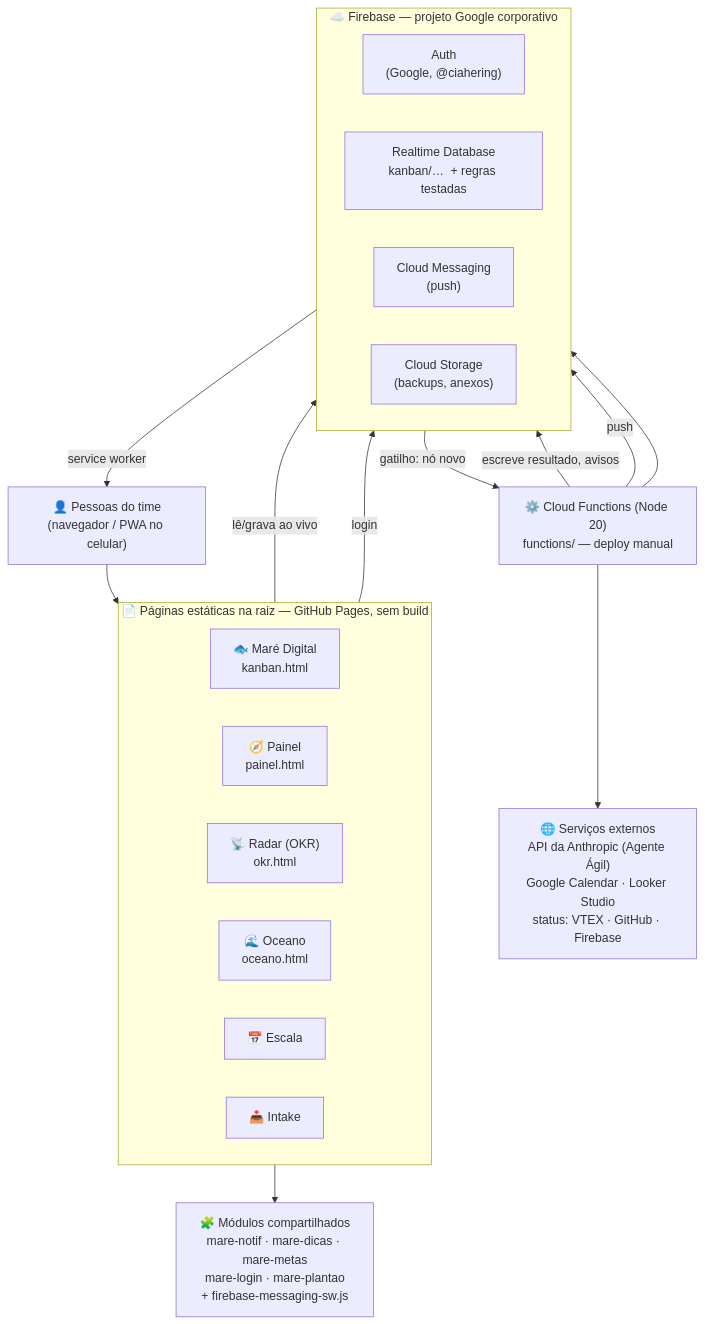
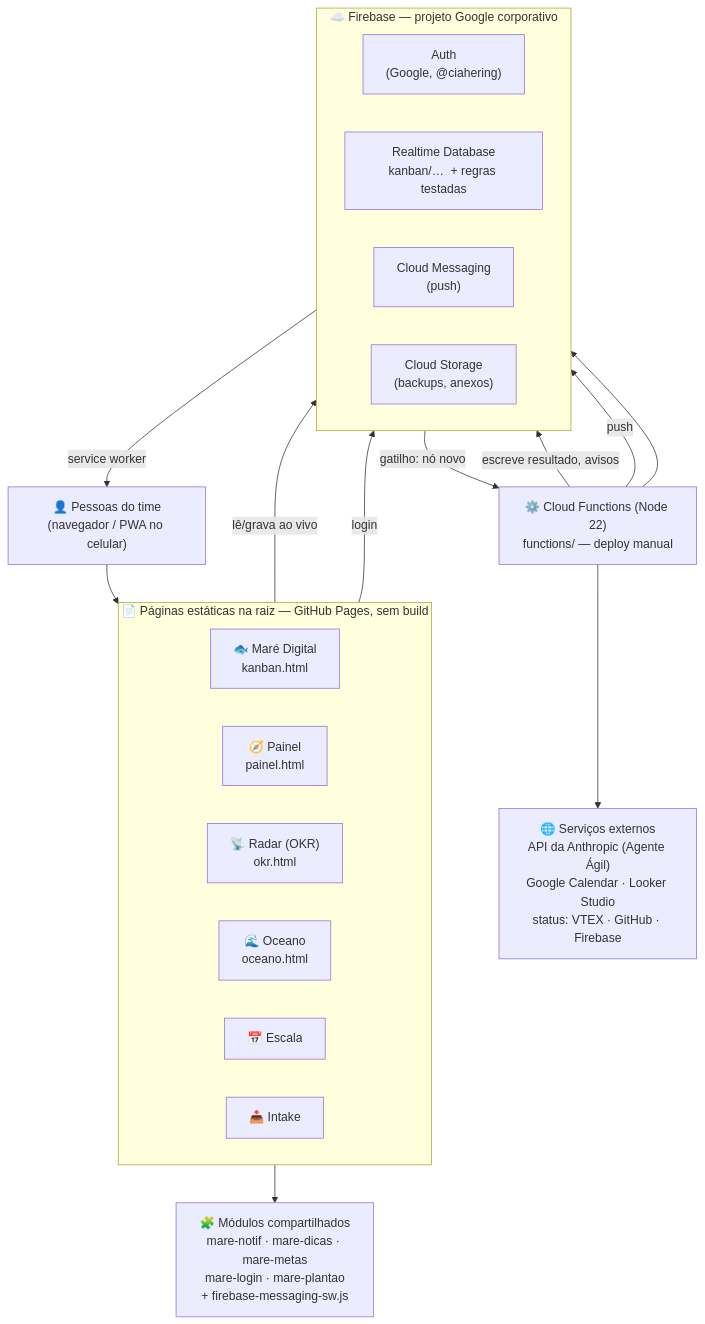
One commit to caiosoares1899/hering changed the first of 2 diagrams in docs/MAPA_DO_REPOSITORIO.md. Above: the diagram before and after it, drawn with Mermaid. The commit also changed 8 other files, not shown here.

First line of the commit message:
Cloud Functions: Node 20 → 22 (runtime sai do ar em 30/10/2026)

````diff
--- a/docs/MAPA_DO_REPOSITORIO.md
+++ b/docs/MAPA_DO_REPOSITORIO.md
@@ -11,34 +11,34 @@
 ```mermaid
 flowchart TB
   P["👤 Pessoas do time\n(navegador / PWA no celular)"]
   subgraph Pages["📄 Páginas estáticas na raiz — GitHub Pages, sem build"]
     direction LR
     MARE["🐟 Maré Digital\nkanban.html"]
     PAINEL["🧭 Painel\npainel.html"]
     RADAR["📡 Radar (OKR)\nokr.html"]
     OCEANO["🌊 Oceano\noceano.html"]
     ESCALA["📅 Escala"]
     INTAKE["📥 Intake"]
   end
   MODS["🧩 Módulos compartilhados\nmare-notif · mare-dicas · mare-metas\nmare-login · mare-plantao\n+ firebase-messaging-sw.js"]
   subgraph FB["☁️ Firebase — projeto Google corporativo"]
     direction LR
     AUTH["Auth\n(Google, @ciahering)"]
     RTDB["Realtime Database\nkanban/…  + regras testadas"]
     FCM["Cloud Messaging\n(push)"]
     STG["Cloud Storage\n(backups, anexos)"]
   end
-  CF["⚙️ Cloud Functions (Node 20)\nfunctions/ — deploy manual"]
+  CF["⚙️ Cloud Functions (Node 22)\nfunctions/ — deploy manual"]
   EXT["🌐 Serviços externos\nAPI da Anthropic (Agente Ágil)\nGoogle Calendar · Looker Studio\nstatus: VTEX · GitHub · Firebase"]
 
   P --> Pages
   Pages --> MODS
   Pages -->|"lê/grava ao vivo"| RTDB
   Pages -->|"login"| AUTH
   RTDB -->|"gatilho: nó novo"| CF
   CF -->|"escreve resultado, avisos"| RTDB
   CF -->|"push"| FCM
   CF --> STG
   CF --> EXT
   FCM -->|"service worker"| P
 ```
````
